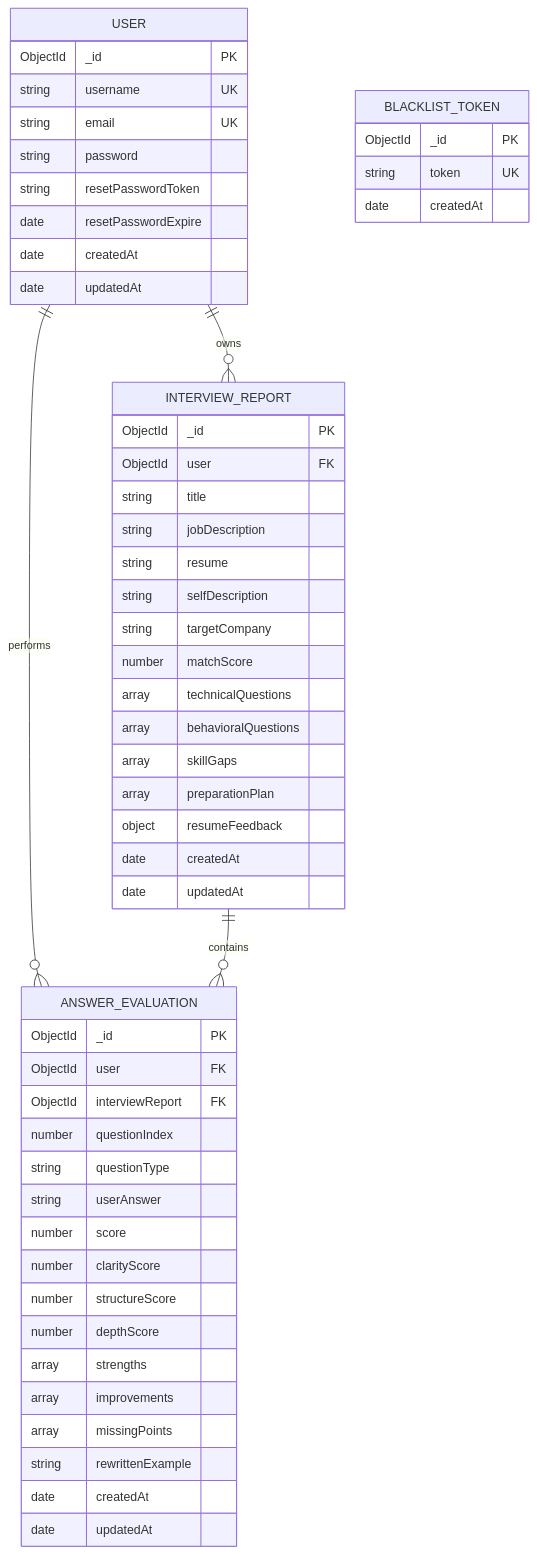
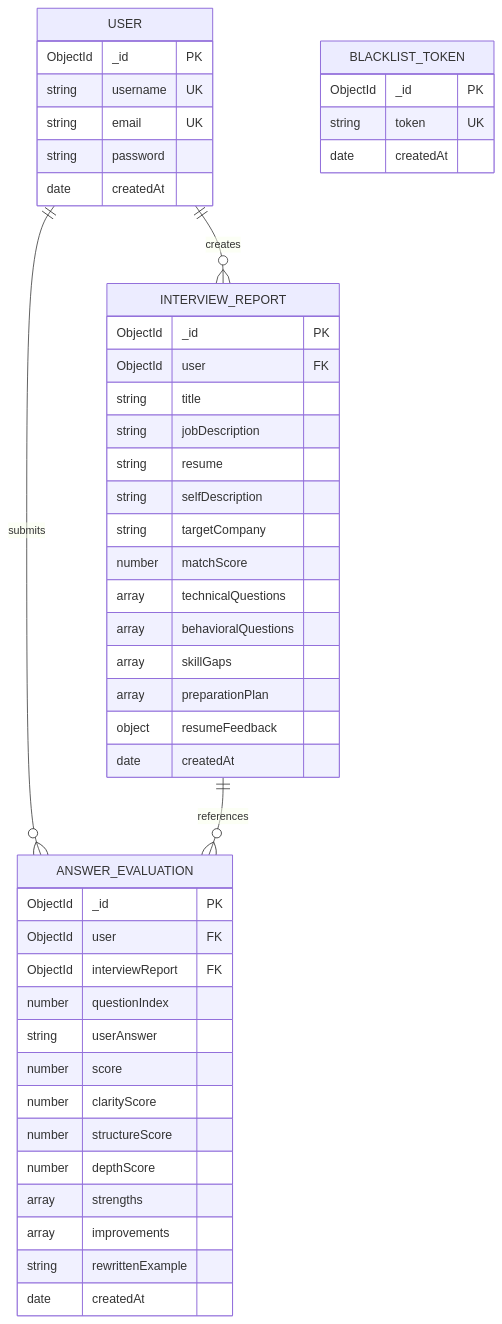
The second of 2 diagrams in README.MD (Saqibayaz4314/Arete-AI), drawn with Mermaid before and after one commit. The commit also changed other lines of this file, not shown here.

Commit message:
docs: complete assignment README with prompts, architecture, and live links

````diff
--- a/README.MD
+++ b/README.MD
@@ -168,60 +209,53 @@
 ```mermaid
 erDiagram
-    USER ||--o{ INTERVIEW_REPORT : owns
-    USER ||--o{ ANSWER_EVALUATION : performs
-    INTERVIEW_REPORT ||--o{ ANSWER_EVALUATION : contains
+    USER ||--o{ INTERVIEW_REPORT : creates
+    USER ||--o{ ANSWER_EVALUATION : submits
+    INTERVIEW_REPORT ||--o{ ANSWER_EVALUATION : references
 
     USER {
         ObjectId _id PK
         string username UK
         string email UK
         string password
-        string resetPasswordToken
-        date resetPasswordExpire
         date createdAt
-        date updatedAt
     }
 
     INTERVIEW_REPORT {
         ObjectId _id PK
         ObjectId user FK
         string title
         string jobDescription
         string resume
         string selfDescription
         string targetCompany
         number matchScore
         array technicalQuestions
         array behavioralQuestions
         array skillGaps
         array preparationPlan
         object resumeFeedback
         date createdAt
-        date updatedAt
     }
 
     ANSWER_EVALUATION {
         ObjectId _id PK
         ObjectId user FK
         ObjectId interviewReport FK
         number questionIndex
-        string questionType
         string userAnswer
         number score
         number clarityScore
         number structureScore
         number depthScore
         array strengths
         array improvements
-        array missingPoints
         string rewrittenExample
         date createdAt
-        date updatedAt
     }
 
     BLACKLIST_TOKEN {
         ObjectId _id PK
         string token UK
         date createdAt
     }
 ```
````
